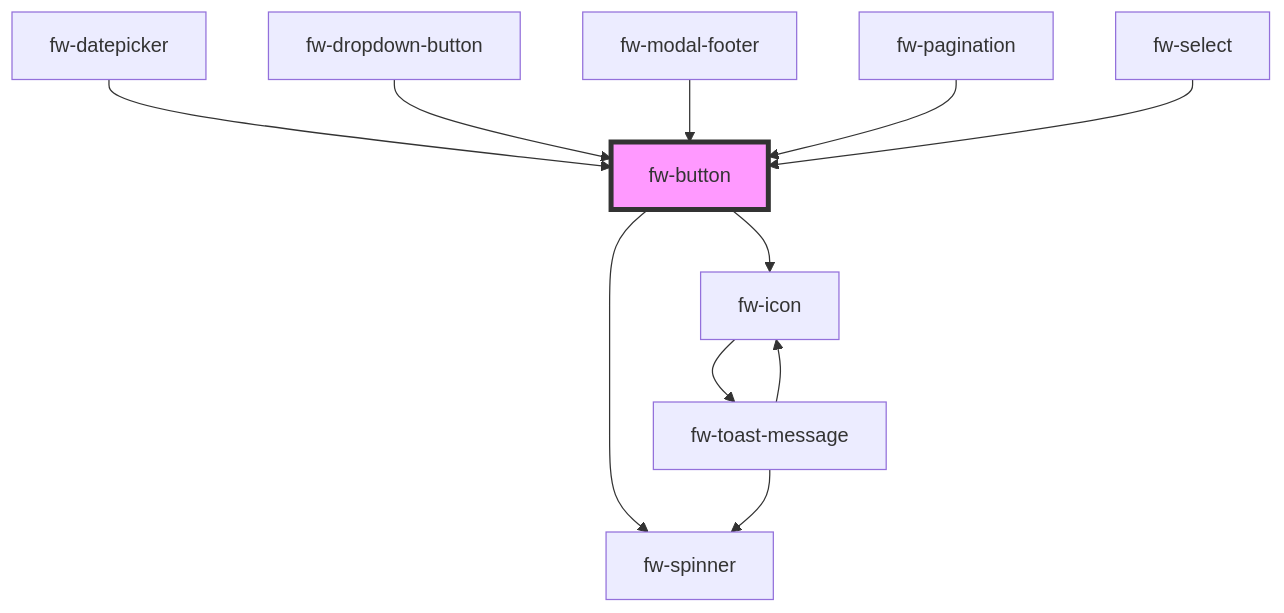
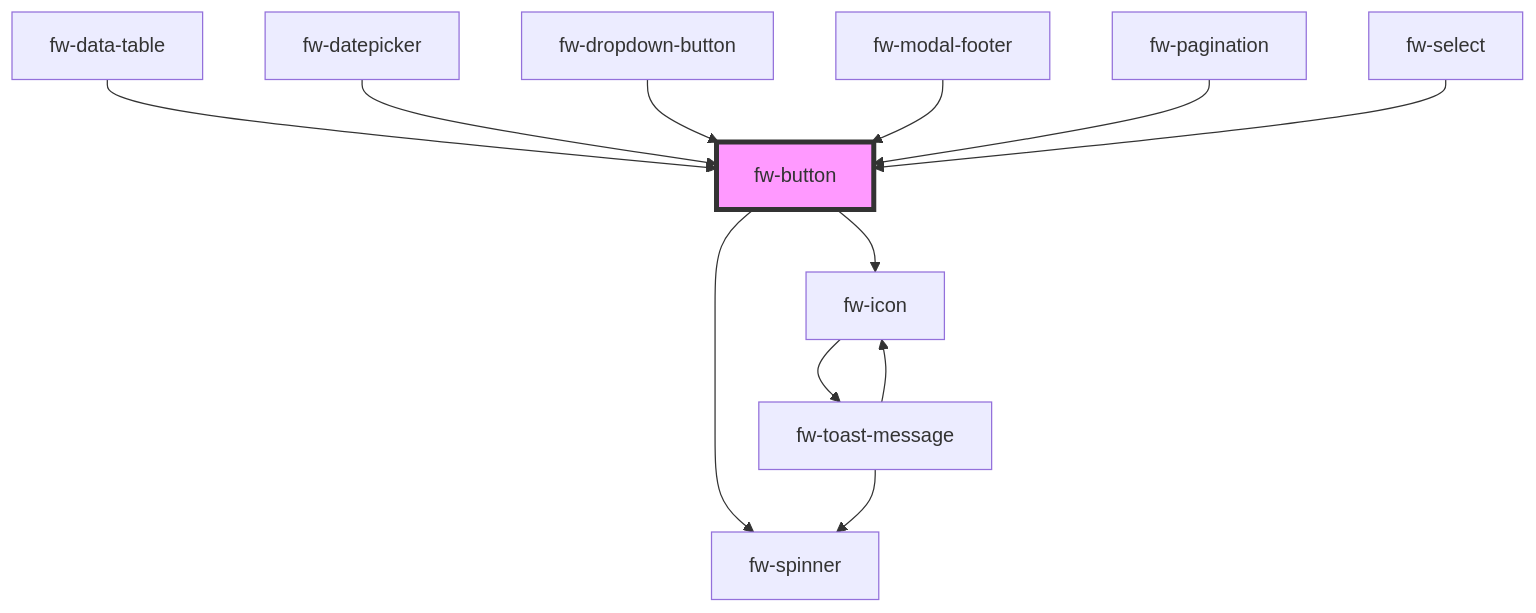
One commit to freshworks/crayons changed the diagram in packages/crayons-core/src/components/button/readme.md. Above: the diagram before and after it, drawn with Mermaid. The commit also changed other lines of this file and 8 other files, not shown here.

Commit message:
feat(data-table): row actions feature added to fw-data-table component

````diff
--- a/packages/crayons-core/src/components/button/readme.md
+++ b/packages/crayons-core/src/components/button/readme.md
@@ -313,14 +314,15 @@
 ```mermaid
 graph TD;
   fw-button --> fw-spinner
   fw-button --> fw-icon
   fw-icon --> fw-toast-message
   fw-toast-message --> fw-spinner
   fw-toast-message --> fw-icon
+  fw-data-table --> fw-button
   fw-datepicker --> fw-button
   fw-dropdown-button --> fw-button
   fw-modal-footer --> fw-button
   fw-pagination --> fw-button
   fw-select --> fw-button
   style fw-button fill:#f9f,stroke:#333,stroke-width:4px
 ```
````
